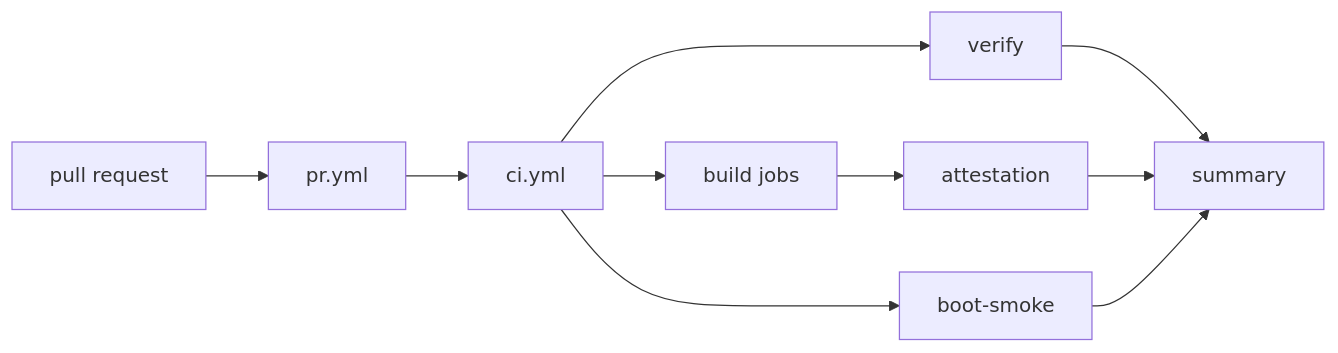
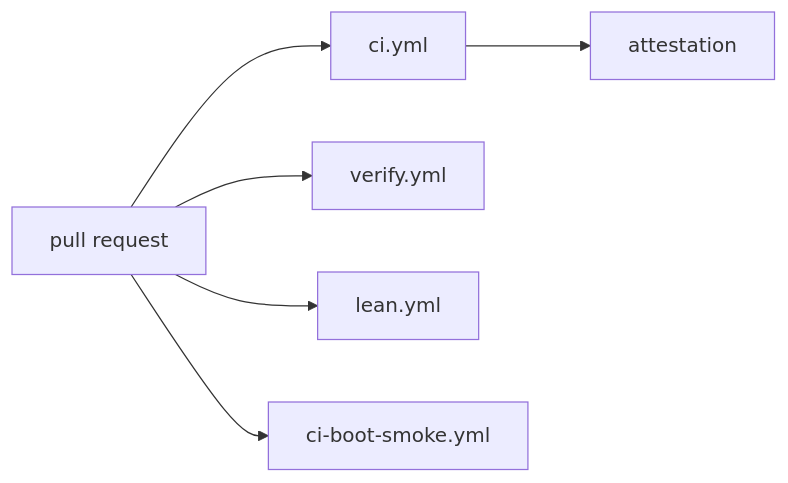
Before and after one commit to NON-OS/microkernel: the diagram in docs/contributing/review.md, drawn with Mermaid. The commit also changed other lines of this file and 6 other files, not shown here.

Commit message:
docs/contributing: describe the four pull request workflows

````diff
--- a/docs/contributing/review.md
+++ b/docs/contributing/review.md
@@ -9,11 +9,8 @@
 ```mermaid
 flowchart LR
-    PR[pull request] --> P[pr.yml] --> CI[ci.yml]
-    CI --> V[verify]
-    CI --> B[build jobs]
-    CI --> S[boot-smoke]
-    B --> A[attestation]
-    V --> Y[summary]
-    A --> Y
-    S --> Y
+    PR[pull request] --> CI[ci.yml]
+    PR --> V[verify.yml]
+    PR --> L[lean.yml]
+    PR --> S[ci-boot-smoke.yml]
+    CI --> A[attestation]
 ```
````
